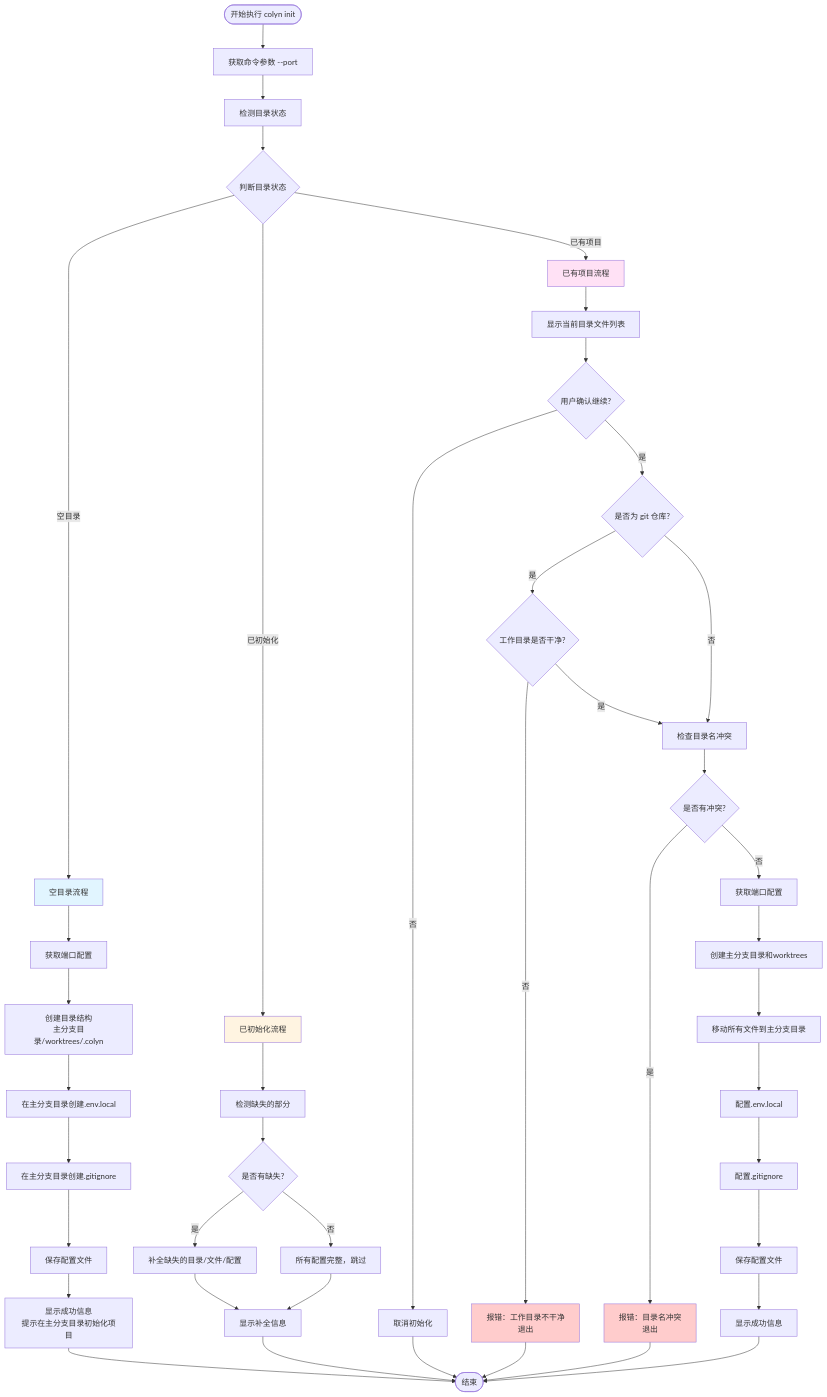
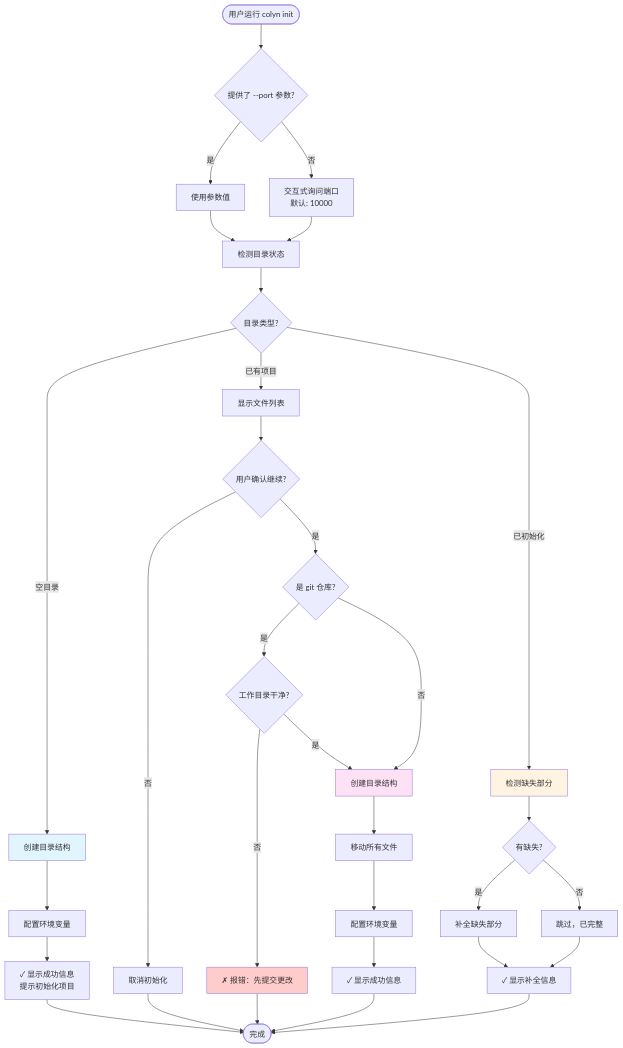
Before and after one commit to colin-han/colyn: the first of 6 diagrams in docs/design-init-command.md, drawn with Mermaid. The commit also changed other lines of this file and 18 other files, not shown here.

````diff
--- a/docs/design-init-command.md
+++ b/docs/design-init-command.md
@@ -154,65 +180,52 @@
 ```mermaid
-flowchart TD
-    Start([开始执行 colyn init]) --> GetParams[获取命令参数 --port]
-    GetParams --> DetectStatus[检测目录状态]
+graph TD
+    Start([用户运行 colyn init]) --> CheckPort{提供了 --port 参数?}
 
-    DetectStatus --> CheckStatus{判断目录状态}
+    CheckPort -->|是| UsePort[使用参数值]
+    CheckPort -->|否| AskPort[交互式询问端口<br/>默认: 10000]
 
-    CheckStatus -->|空目录| EmptyFlow[空目录流程]
-    CheckStatus -->|已初始化| InitializedFlow[已初始化流程]
-    CheckStatus -->|已有项目| ExistingFlow[已有项目流程]
+    UsePort --> DetectDir[检测目录状态]
+    AskPort --> DetectDir
+
+    DetectDir --> DirType{目录类型?}
 
     %% 空目录流程
-    EmptyFlow --> EmptyGetPort[获取端口配置]
-    EmptyGetPort --> EmptyCreate[创建目录结构<br/>主分支目录/worktrees/.colyn]
-    EmptyCreate --> EmptyEnv[在主分支目录创建.env.local]
-    EmptyEnv --> EmptyGitignore[在主分支目录创建.gitignore]
-    EmptyGitignore --> EmptyConfig[保存配置文件]
-    EmptyConfig --> EmptySuccess[显示成功信息<br/>提示在主分支目录初始化项目]
-    EmptySuccess --> End
+    DirType -->|空目录| EmptyCreate[创建目录结构]
+    EmptyCreate --> EmptyEnv[配置环境变量]
+    EmptyEnv --> EmptySuccess[✓ 显示成功信息<br/>提示初始化项目]
+    EmptySuccess --> End([完成])
+
+    %% 已有项目流程
+    DirType -->|已有项目| ShowFiles[显示文件列表]
+    ShowFiles --> AskConfirm{用户确认继续?}
+    AskConfirm -->|否| Cancel[取消初始化]
+    AskConfirm -->|是| CheckGit{是 git 仓库?}
+
+    CheckGit -->|是| CheckClean{工作目录干净?}
+    CheckGit -->|否| CreateDirs
+
+    CheckClean -->|否| ErrorDirty[✗ 报错：先提交更改]
+    CheckClean -->|是| CreateDirs[创建目录结构]
+
+    CreateDirs --> MoveFiles[移动所有文件]
+    MoveFiles --> ConfigEnv[配置环境变量]
+    ConfigEnv --> ProjectSuccess[✓ 显示成功信息]
+    ProjectSuccess --> End
 
     %% 已初始化流程
-    InitializedFlow --> InitCheckMissing[检测缺失的部分]
-    InitCheckMissing --> InitHasMissing{是否有缺失?}
-    InitHasMissing -->|是| InitComplete[补全缺失的目录/文件/配置]
-    InitHasMissing -->|否| InitSkip[所有配置完整，跳过]
-    InitComplete --> InitSuccess[显示补全信息]
-    InitSkip --> InitSuccess
-    InitSuccess --> End
+    DirType -->|已初始化| CheckMissing[检测缺失部分]
+    CheckMissing --> HasMissing{有缺失?}
+    HasMissing -->|是| CompleteMissing[补全缺失部分]
+    HasMissing -->|否| SkipComplete[跳过，已完整]
+    CompleteMissing --> CompleteSuccess[✓ 显示补全信息]
+    SkipComplete --> CompleteSuccess
+    CompleteSuccess --> End
 
-    %% 已有项目流程
-    ExistingFlow --> ExistingShowFiles[显示当前目录文件列表]
-    ExistingShowFiles --> ExistingConfirm{用户确认继续?}
-    ExistingConfirm -->|否| ExistingCancel[取消初始化]
-    ExistingConfirm -->|是| ExistingCheckGit{是否为 git 仓库?}
+    Cancel --> End
+    ErrorDirty --> End
 
-    ExistingCheckGit -->|是| CheckClean{工作目录是否干净?}
-    ExistingCheckGit -->|否| ExistingCheckConflict
-
-    CheckClean -->|否| ErrorDirty[报错：工作目录不干净<br/>退出]
-    CheckClean -->|是| ExistingCheckConflict
-
-    ExistingCheckConflict[检查目录名冲突]
-    ExistingCheckConflict --> HasConflict{是否有冲突?}
-    HasConflict -->|是| ErrorConflict[报错：目录名冲突<br/>退出]
-    HasConflict -->|否| ExistingGetPort[获取端口配置]
-
-    ExistingGetPort --> ExistingCreateDirs[创建主分支目录和worktrees]
-    ExistingCreateDirs --> ExistingMove[移动所有文件到主分支目录]
-    ExistingMove --> ExistingEnv[配置.env.local]
-    ExistingEnv --> ExistingGitignore[配置.gitignore]
-    ExistingGitignore --> ExistingConfig[保存配置文件]
-    ExistingConfig --> ExistingSuccess[显示成功信息]
-    ExistingSuccess --> End
-
-    ErrorDirty --> End([结束])
-    ErrorConflict --> End
-    ExistingCancel --> End
-    End
-
-    style EmptyFlow fill:#e1f5ff
-    style InitializedFlow fill:#fff4e1
-    style ExistingFlow fill:#ffe1f5
+    style EmptyCreate fill:#e1f5ff
+    style CreateDirs fill:#ffe1f5
+    style CheckMissing fill:#fff4e1
     style ErrorDirty fill:#ffcccc
-    style ErrorConflict fill:#ffcccc
 ```
````
